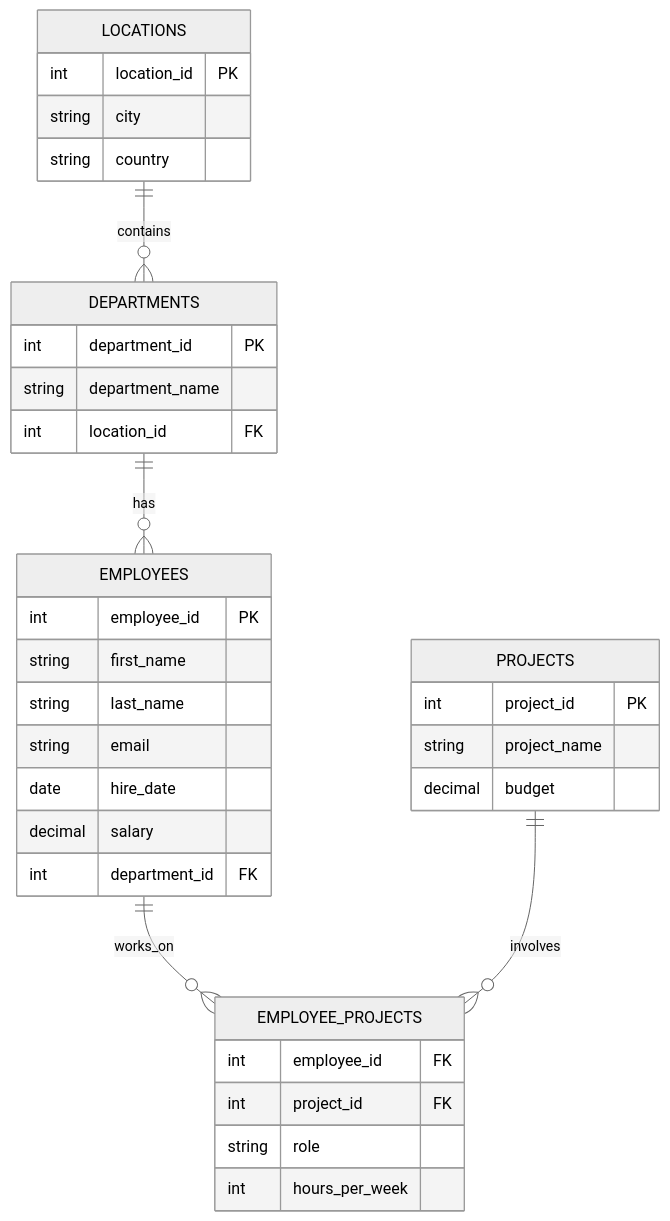
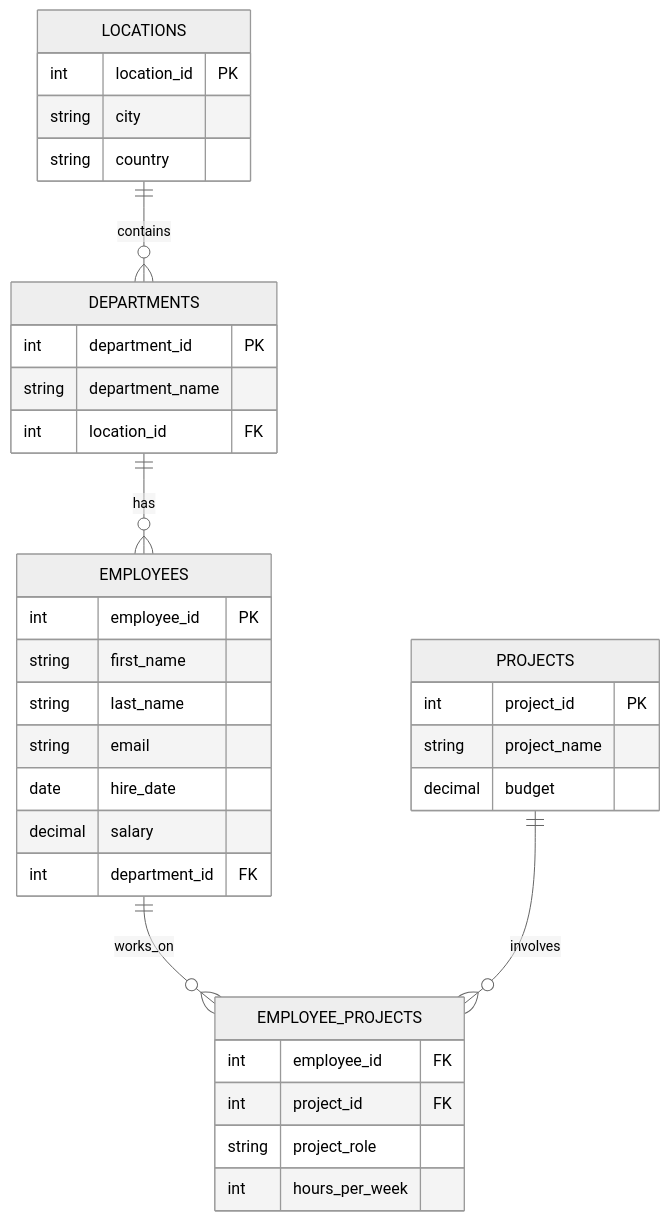
Before and after one commit to zacniewski/materials-about-databases: the diagram in labs/lab04_tasks_for_recap.md, drawn with Mermaid (neutral theme). The commit also changed other lines of this file and 6 other files, not shown here.

````diff
--- a/labs/lab04_tasks_for_recap.md
+++ b/labs/lab04_tasks_for_recap.md
@@ -11,38 +11,38 @@
 ```mermaid
 erDiagram
     LOCATIONS ||--o{ DEPARTMENTS : contains
     DEPARTMENTS ||--o{ EMPLOYEES : has
     EMPLOYEES ||--o{ EMPLOYEE_PROJECTS : works_on
     PROJECTS ||--o{ EMPLOYEE_PROJECTS : involves
 
     LOCATIONS {
         int location_id PK
         string city
         string country
     }
     DEPARTMENTS {
         int department_id PK
         string department_name
         int location_id FK
     }
     EMPLOYEES {
         int employee_id PK
         string first_name
         string last_name
         string email
         date hire_date
         decimal salary
         int department_id FK
     }
     PROJECTS {
         int project_id PK
         string project_name
         decimal budget
     }
     EMPLOYEE_PROJECTS {
         int employee_id FK
         int project_id FK
-        string role
+        string project_role
         int hours_per_week
     }
 ```
````
